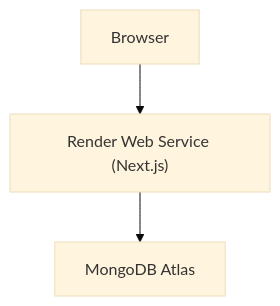
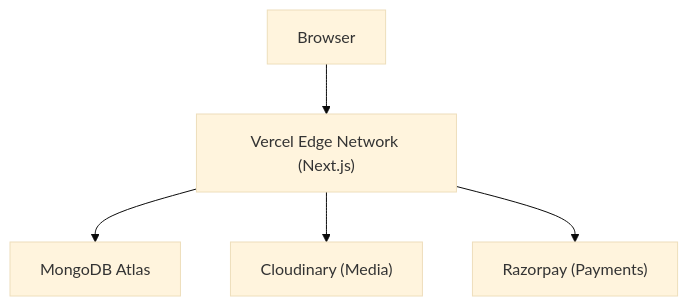
Before and after one commit to heukcare01/aetheravia: the diagram in deployment_guide.md, drawn with Mermaid (base theme). The commit also changed other lines of this file and 3 other files, not shown here.

Commit message:
chore: production audit cleanup - remove render artifacts, fix brand.ts fallback, update deployment guide to Vercel

````diff
--- a/deployment_guide.md
+++ b/deployment_guide.md
@@ -13,5 +18,7 @@
 ```mermaid
 graph TD
-    Client["Browser"] --> Render["Render Web Service (Next.js)"]
-    Render --> Mongo["MongoDB Atlas"]
+    Client["Browser"] --> Vercel["Vercel Edge Network (Next.js)"]
+    Vercel --> Mongo["MongoDB Atlas"]
+    Vercel --> Cloudinary["Cloudinary (Media)"]
+    Vercel --> Razorpay["Razorpay (Payments)"]
 ```
````
